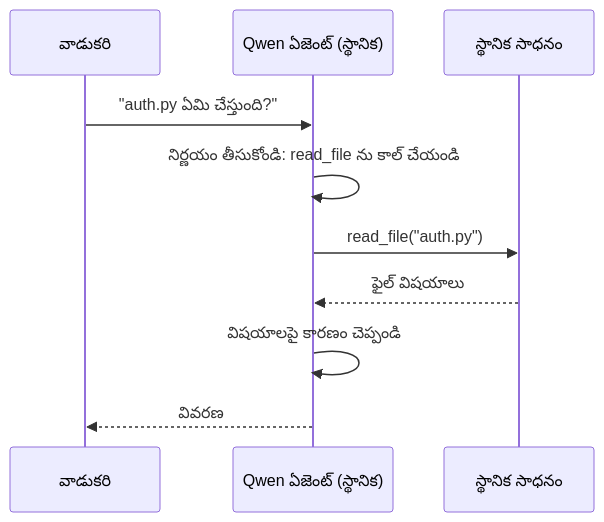
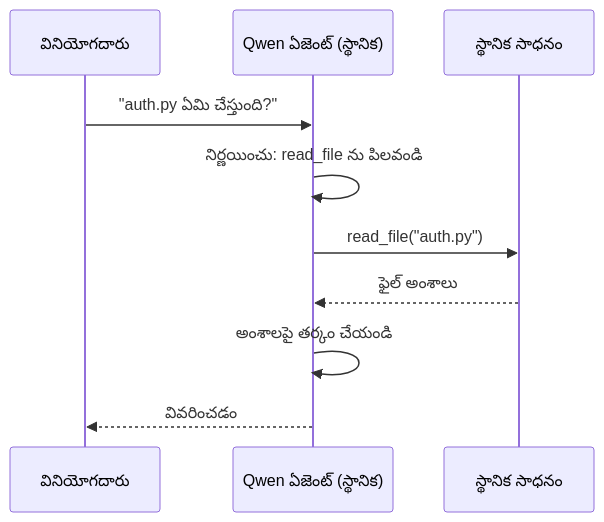
Before and after one commit to microsoft/ai-agents-for-beginners: the second of 4 diagrams in translations/te/17-creating-local-ai-agents/README.md, drawn with Mermaid. The commit also changed other lines of this file and 43 other files, not shown here.

````diff
--- a/translations/te/17-creating-local-ai-agents/README.md
+++ b/translations/te/17-creating-local-ai-agents/README.md
@@ -106,12 +106,12 @@
 ```mermaid
 sequenceDiagram
-    participant U as వాడుకరి
+    participant U as వినియోగదారు
     participant A as Qwen ఏజెంట్ (స్థానిక)
     participant T as స్థానిక సాధనం
     U->>A: "auth.py ఏమి చేస్తుంది?"
-    A->>A: నిర్ణయం తీసుకోండి: read_file ను కాల్ చేయండి
+    A->>A: నిర్ణయించు: read_file ను పిలవండి
     A->>T: read_file("auth.py")
-    T-->>A: ఫైల్ విషయాలు
-    A->>A: విషయాలపై కారణం చెప్పండి
-    A-->>U: వివరణ
+    T-->>A: ఫైల్ అంశాలు
+    A->>A: అంశాలపై తర్కం చేయండి
+    A-->>U: వివరించడం
 ```
````
